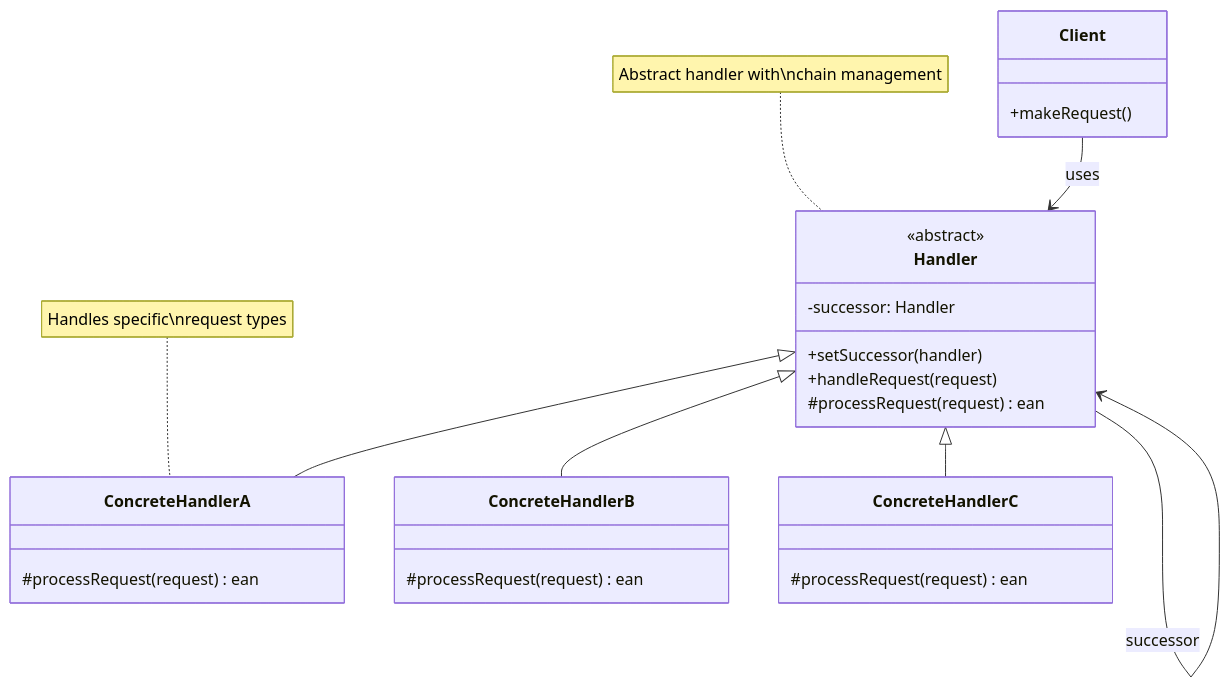
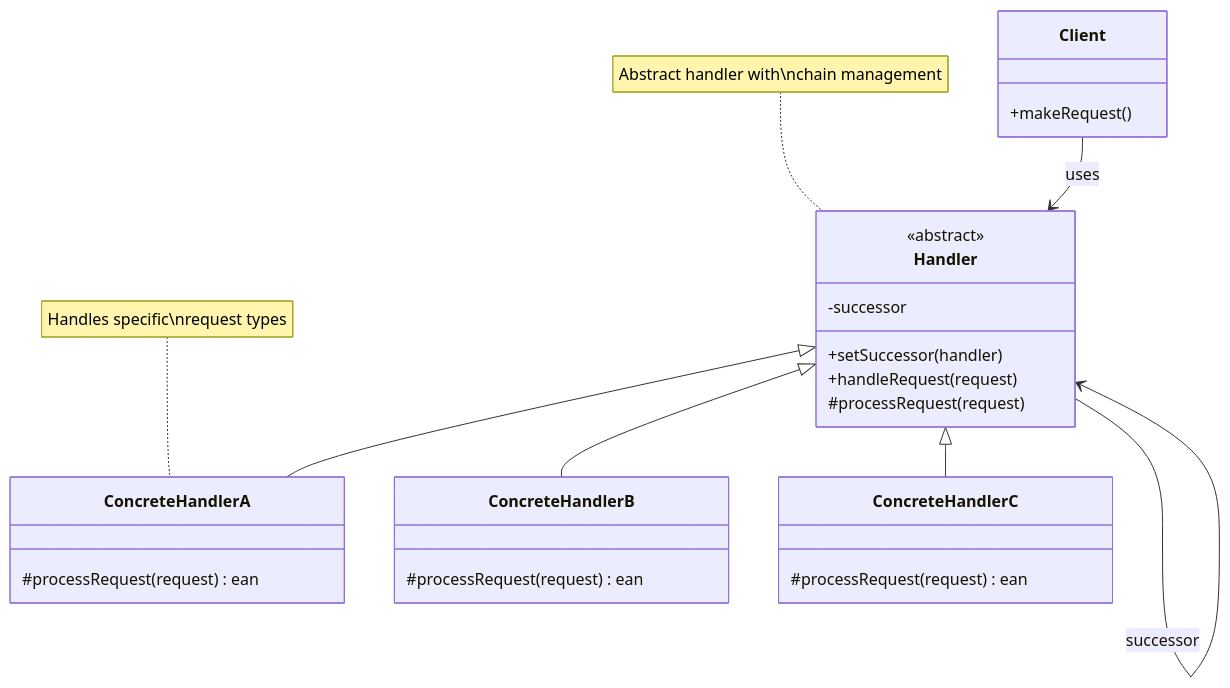
The first of 4 diagrams in resources/design-patterns/laravel/behavioral/chain_of_responsibility_en.md (fanly/DesignPattern), drawn with Mermaid before and after one commit. The commit also changed 17 other files, not shown here.

````diff
--- a/resources/design-patterns/laravel/behavioral/chain_of_responsibility_en.md
+++ b/resources/design-patterns/laravel/behavioral/chain_of_responsibility_en.md
@@ -10,35 +10,35 @@
 ```mermaid
 classDiagram
     class Handler {
         <<abstract>>
-        -successor: Handler
+        -successor
         +setSuccessor(handler)
         +handleRequest(request)
-        #processRequest(request)ean
+        #processRequest(request)
     }
     
     class ConcreteHandlerA {
         #processRequest(request)ean
     }
     
     class ConcreteHandlerB {
         #processRequest(request)ean
     }
     
     class ConcreteHandlerC {
         #processRequest(request)ean
     }
     
     class Client {
         +makeRequest()
     }
     
     Handler <|-- ConcreteHandlerA
     Handler <|-- ConcreteHandlerB
     Handler <|-- ConcreteHandlerC
     Handler --> Handler : successor
     Client --> Handler : uses
     
     note for Handler "Abstract handler with\nchain management"
     note for ConcreteHandlerA "Handles specific\nrequest types"
 ```
````
